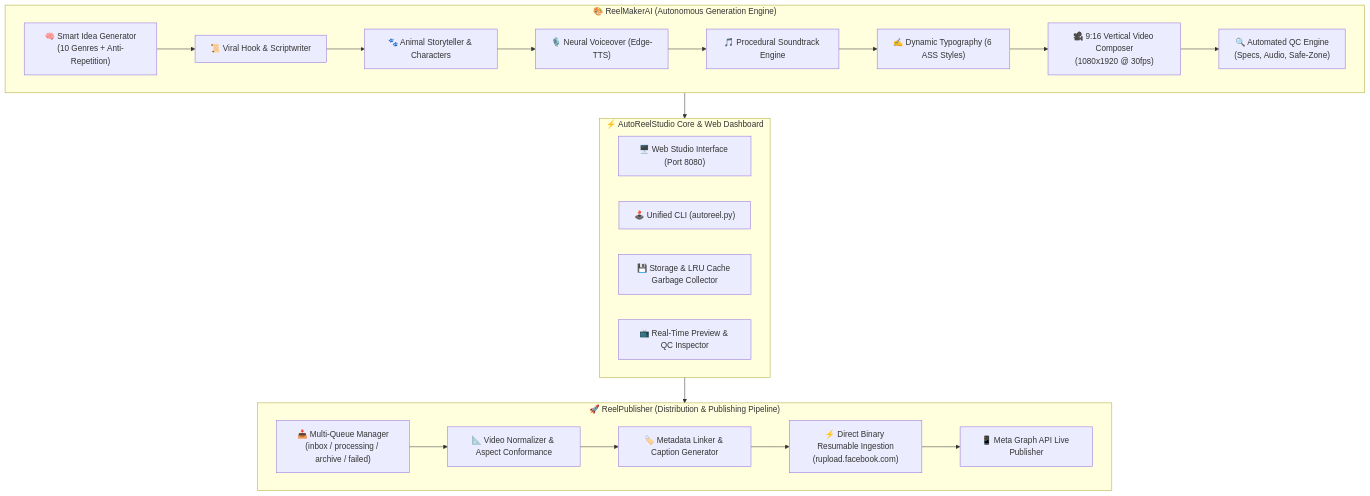
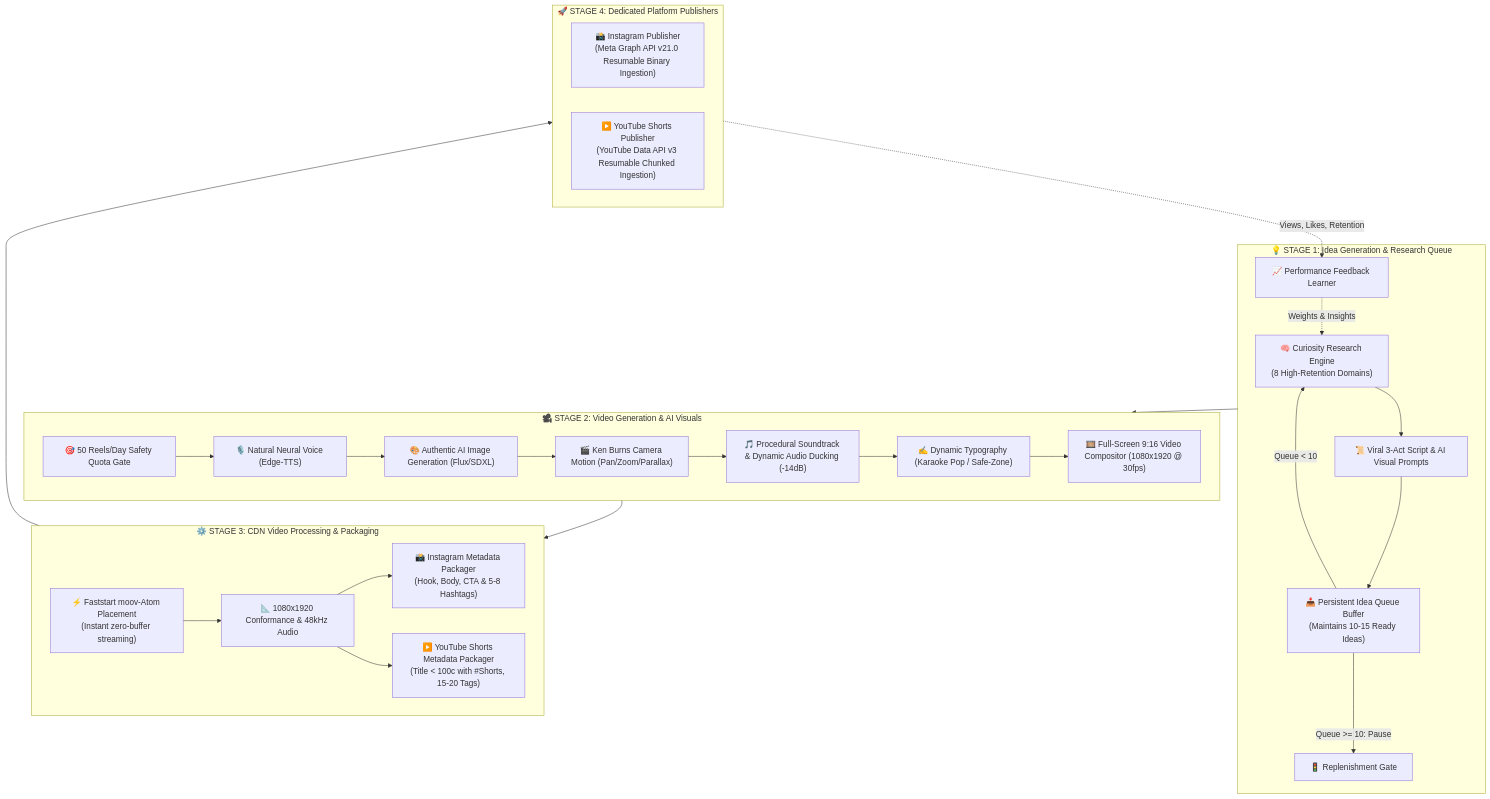
The diagram in README.md (Suraj-8300/AutomatedReelPublisher), drawn with Mermaid before and after one commit. The commit also changed other lines of this file and 37 other files, not shown here.

Commit message:
feat: complete modular 4-stage architecture (ideation, video gen, cdn prep, publishers)

````diff
--- a/README.md
+++ b/README.md
@@ -17,29 +17,35 @@
 ```mermaid
 flowchart TD
-    subgraph ReelMakerAI["🎨 ReelMakerAI (Autonomous Generation Engine)"]
-        A1["🧠 Smart Idea Generator<br/>(10 Genres + Anti-Repetition)"] --> A2["📜 Viral Hook & Scriptwriter"]
-        A2 --> A3["🐾 Animal Storyteller & Characters"]
-        A3 --> A4["🎙️ Neural Voiceover (Edge-TTS)"]
-        A4 --> A5["🎵 Procedural Soundtrack Engine"]
-        A5 --> A6["✍️ Dynamic Typography (6 ASS Styles)"]
-        A6 --> A7["🎥 9:16 Vertical Video Composer<br/>(1080x1920 @ 30fps)"]
-        A7 --> A8["🔍 Automated QC Engine<br/>(Specs, Audio, Safe-Zone)"]
+    subgraph S1["💡 STAGE 1: Idea Generation & Research Queue"]
+        A1["🧠 Curiosity Research Engine<br/>(8 High-Retention Domains)"] --> A2["📜 Viral 3-Act Script & AI Visual Prompts"]
+        A2 --> A3["📥 Persistent Idea Queue Buffer<br/>(Maintains 10-15 Ready Ideas)"]
+        A3 -->|Queue < 10| A1
+        A3 -->|Queue >= 10: Pause| A4["🚦 Replenishment Gate"]
+        A5["📈 Performance Feedback Learner"] -.->|Weights & Insights| A1
     end
 
-    subgraph AutoReelStudioHub["⚡ AutoReelStudio Core & Web Dashboard"]
-        B1["🖥️ Web Studio Interface (Port 8080)"]
-        B2["🕹️ Unified CLI (autoreel.py)"]
-        B3["💾 Storage & LRU Cache Garbage Collector"]
-        B4["📺 Real-Time Preview & QC Inspector"]
+    subgraph S2["🎥 STAGE 2: Video Generation & AI Visuals"]
+        B1["🎯 50 Reels/Day Safety Quota Gate"] --> B2["🎙️ Natural Neural Voice (Edge-TTS)"]
+        B2 --> B3["🎨 Authentic AI Image Generation (Flux/SDXL)"]
+        B3 --> B4["🎬 Ken Burns Camera Motion (Pan/Zoom/Parallax)"]
+        B4 --> B5["🎵 Procedural Soundtrack & Dynamic Audio Ducking (-14dB)"]
+        B5 --> B6["✍️ Dynamic Typography (Karaoke Pop / Safe-Zone)"]
+        B6 --> B7["🎞️ Full-Screen 9:16 Video Compositor (1080x1920 @ 30fps)"]
     end
 
-    subgraph ReelPublisher["🚀 ReelPublisher (Distribution & Publishing Pipeline)"]
-        C1["📥 Multi-Queue Manager<br/>(inbox / processing / archive / failed)"] --> C2["📐 Video Normalizer & Aspect Conformance"]
-        C2 --> C3["🏷️ Metadata Linker & Caption Generator"]
-        C3 --> C4["⚡ Direct Binary Resumable Ingestion<br/>(rupload.facebook.com)"]
-        C4 --> C5["📱 Meta Graph API Live Publisher"]
+    subgraph S3["⚙️ STAGE 3: CDN Video Processing & Packaging"]
+        C1["⚡ Faststart moov-Atom Placement<br/>(Instant zero-buffer streaming)"] --> C2["📐 1080x1920 Conformance & 48kHz Audio"]
+        C2 --> C3["📸 Instagram Metadata Packager<br/>(Hook, Body, CTA & 5-8 Hashtags)"]
+        C2 --> C4["▶️ YouTube Shorts Metadata Packager<br/>(Title < 100c with #Shorts, 15-20 Tags)"]
     end
 
-    ReelMakerAI --> AutoReelStudioHub
-    AutoReelStudioHub --> ReelPublisher
+    subgraph S4["🚀 STAGE 4: Dedicated Platform Publishers"]
+        D1["📸 Instagram Publisher<br/>(Meta Graph API v21.0 Resumable Binary Ingestion)"]
+        D2["▶️ YouTube Shorts Publisher<br/>(YouTube Data API v3 Resumable Chunked Ingestion)"]
+    end
+
+    S1 --> S2
+    S2 --> S3
+    S3 --> S4
+    S4 -.->|Views, Likes, Retention| A5
 ```
````
